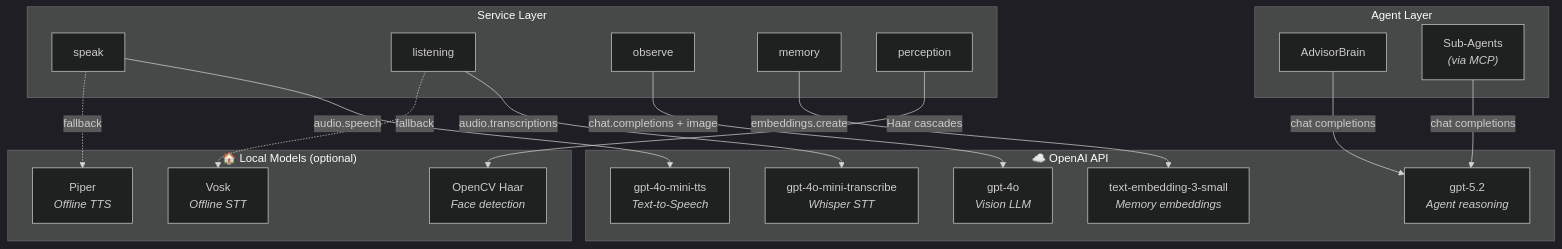
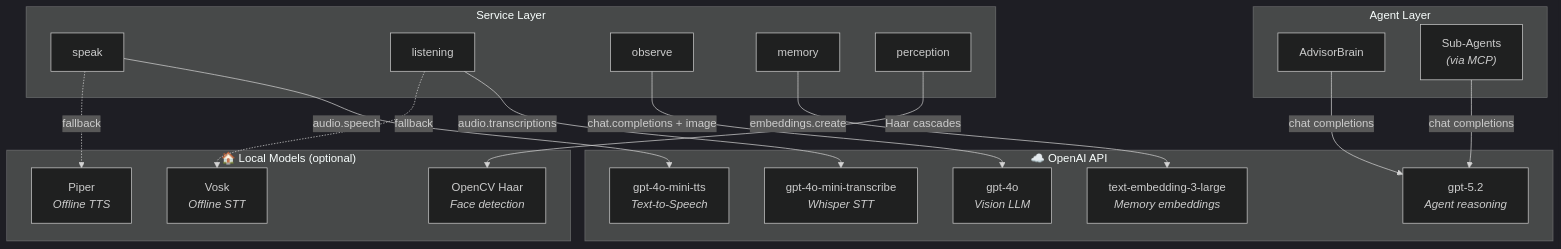
Diagram 17 of 23 in README.md (SeEngel/pi_rc_bot), drawn with Mermaid (dark theme) before and after one commit. The commit also changed other lines of this file, not shown here.

````diff
--- a/README.md
+++ b/README.md
@@ -588,44 +620,44 @@
 ```mermaid
 flowchart TB
     subgraph OPENAI["☁️ OpenAI API"]
         GPT4O["gpt-4o<br/><i>Vision LLM</i>"]
         GPT4OMINI["gpt-5.2<br/><i>Agent reasoning</i>"]
         WHISPER["gpt-4o-mini-transcribe<br/><i>Whisper STT</i>"]
         TTS["gpt-4o-mini-tts<br/><i>Text-to-Speech</i>"]
-        EMB["text-embedding-3-small<br/><i>Memory embeddings</i>"]
+        EMB["text-embedding-3-large<br/><i>Memory embeddings</i>"]
     end
 
     subgraph LOCAL["🏠 Local Models (optional)"]
         VOSK["Vosk<br/><i>Offline STT</i>"]
         PIPER["Piper<br/><i>Offline TTS</i>"]
         HAAR["OpenCV Haar<br/><i>Face detection</i>"]
     end
 
     subgraph AGENTS["Agent Layer"]
         ADVISOR["AdvisorBrain"]
         SUBAGENTS["Sub-Agents<br/><i>(via MCP)</i>"]
     end
 
     subgraph SERVICES["Service Layer"]
         SVC_SPEAK["speak"]
         SVC_LISTEN["listening"]
         SVC_OBSERVE["observe"]
         SVC_MEMORY["memory"]
         SVC_PERCEP["perception"]
     end
 
     %% Agent → OpenAI (reasoning)
     ADVISOR -->|chat completions| GPT4OMINI
     SUBAGENTS -->|chat completions| GPT4OMINI
 
     %% Services → OpenAI
     SVC_SPEAK -->|audio.speech| TTS
     SVC_LISTEN -->|audio.transcriptions| WHISPER
     SVC_OBSERVE -->|chat.completions + image| GPT4O
     SVC_MEMORY -->|embeddings.create| EMB
 
     %% Local alternatives
     SVC_SPEAK -.->|fallback| PIPER
     SVC_LISTEN -.->|fallback| VOSK
     SVC_PERCEP -->|Haar cascades| HAAR
 ```
````
